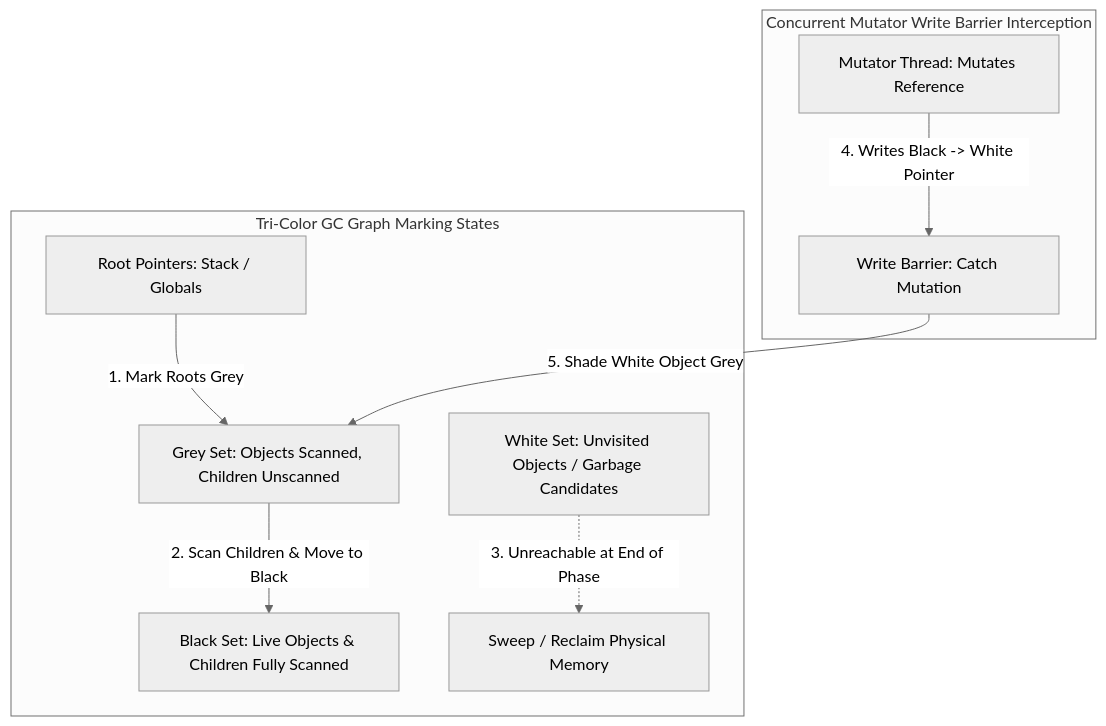
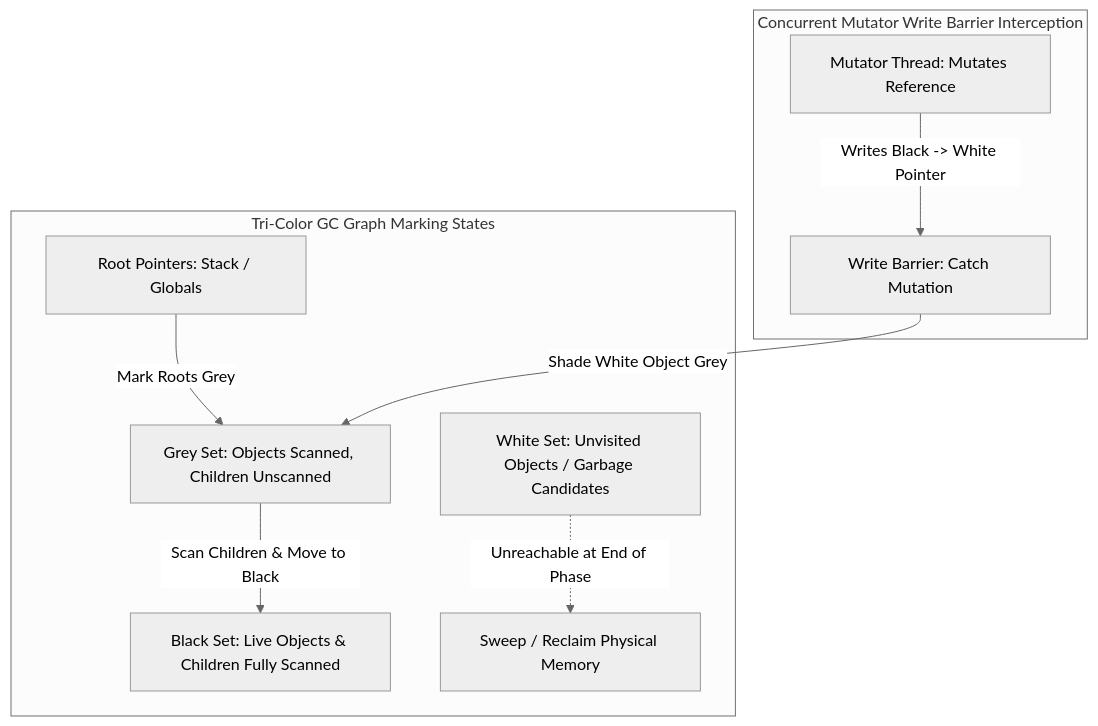
One commit to akmalkhaniub/akmalkhaniub.github.io changed the diagram in blog/posts/garbage-collection-mechanics-tricolor-marking-concurrent-compaction.md. Above: the diagram before and after it, drawn with Mermaid (neutral theme). The commit also changed 411 other files, not shown here.

````diff
--- a/blog/posts/garbage-collection-mechanics-tricolor-marking-concurrent-compaction.md
+++ b/blog/posts/garbage-collection-mechanics-tricolor-marking-concurrent-compaction.md
@@ -17,15 +17,15 @@
 ```mermaid
-graph TD
+flowchart TD
   subgraph SG1_TriColorGc ["Tri-Color GC Graph Marking States"]
-    Root[Root Pointers: Stack / Globals] -->|1. Mark Roots Grey| GreySet[Grey Set: Objects Scanned, Children Unscanned]
+    Root[Root Pointers: Stack / Globals] -->|Mark Roots Grey| GreySet[Grey Set: Objects Scanned, Children Unscanned]
     
-    GreySet -->|2. Scan Children & Move to Black| BlackSet[Black Set: Live Objects & Children Fully Scanned]
+    GreySet -->|Scan Children & Move to Black| BlackSet[Black Set: Live Objects & Children Fully Scanned]
     
-    WhiteSet[White Set: Unvisited Objects / Garbage Candidates] -.->|3. Unreachable at End of Phase| Sweep[Sweep / Reclaim Physical Memory]
+    WhiteSet[White Set: Unvisited Objects / Garbage Candidates] -.->|Unreachable at End of Phase| Sweep[Sweep / Reclaim Physical Memory]
   end
   
   subgraph SG2_ConcurrentMutatorWrite ["Concurrent Mutator Write Barrier Interception"]
-    Mutator[Mutator Thread: Mutates Reference] -->|4. Writes Black -> White Pointer| WriteBarrier[Write Barrier: Catch Mutation]
-    WriteBarrier -->|5. Shade White Object Grey| GreySet
+    Mutator[Mutator Thread: Mutates Reference] -->|Writes Black -> White Pointer| WriteBarrier[Write Barrier: Catch Mutation]
+    WriteBarrier -->|Shade White Object Grey| GreySet
   end
 ```
````
